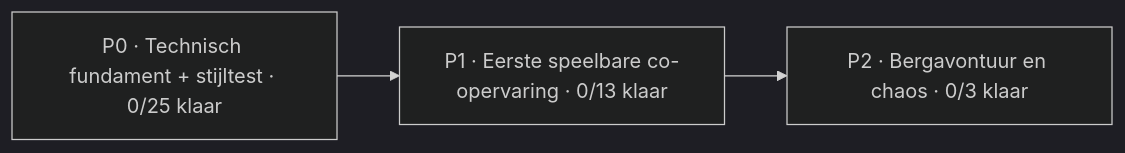
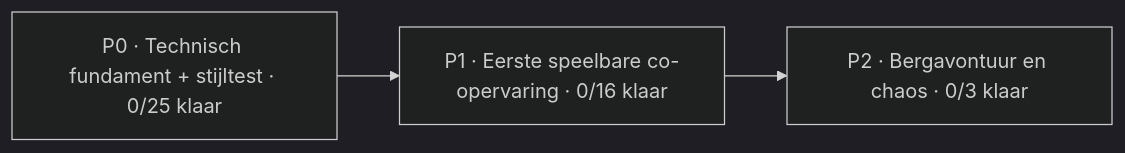
One commit to mlemson/conductor-chaos changed the diagram in Docs/PROJECT_BOARD.md. Above: the diagram before and after it, drawn with Mermaid (dark theme). The commit also changed other lines of this file, not shown here.

````diff
--- a/Docs/PROJECT_BOARD.md
+++ b/Docs/PROJECT_BOARD.md
@@ -13,7 +13,7 @@
 ```mermaid
 flowchart LR
     P0["P0 · Technisch fundament + stijltest · 0/25 klaar"]
-    P1["P1 · Eerste speelbare co-opervaring · 0/13 klaar"]
+    P1["P1 · Eerste speelbare co-opervaring · 0/16 klaar"]
     P2["P2 · Bergavontuur en chaos · 0/3 klaar"]
     P0 --> P1 --> P2
 ```
````
